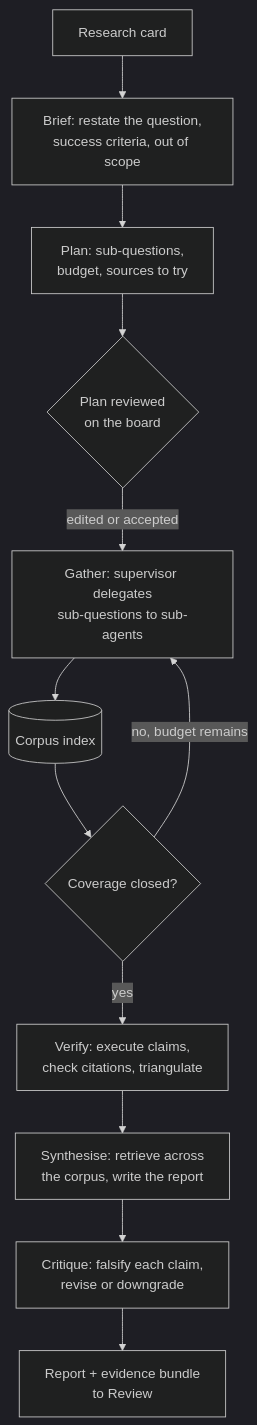
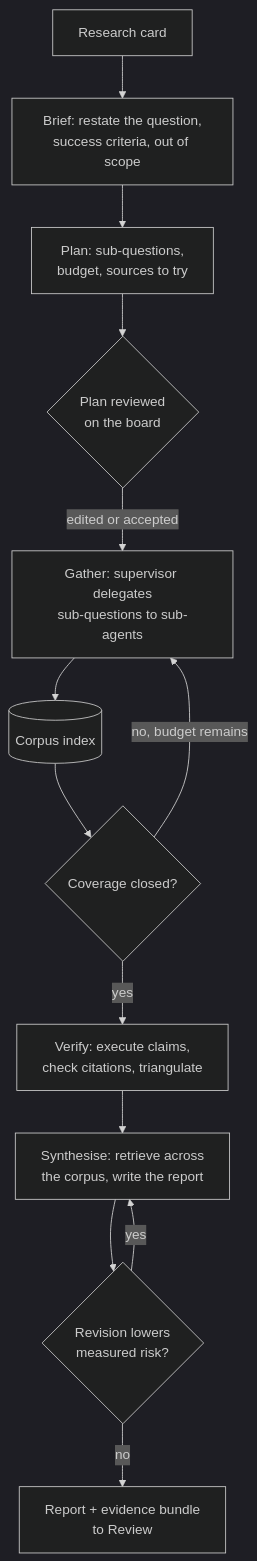
One commit to brennansk1/sekhemet changed the eighth of 9 diagrams in docs/design/HARNESS_DESIGN.md. Above: the diagram before and after it, drawn with Mermaid (dark theme). The commit also changed other lines of this file, not shown here.

````diff
--- a/docs/design/HARNESS_DESIGN.md
+++ b/docs/design/HARNESS_DESIGN.md
@@ -1452,14 +1641,15 @@
 ```mermaid
 graph TD
   Card[Research card] --> Brief[Brief: restate the question,<br/>success criteria, out of scope]
   Brief --> Plan[Plan: sub-questions,<br/>budget, sources to try]
   Plan --> Review{Plan reviewed<br/>on the board}
   Review -->|edited or accepted| Gather
   Gather[Gather: supervisor delegates<br/>sub-questions to sub-agents] --> Corpus[(Corpus index)]
   Corpus --> Gaps{Coverage closed?}
   Gaps -->|no, budget remains| Gather
   Gaps -->|yes| Verify[Verify: execute claims,<br/>check citations, triangulate]
   Verify --> Synth[Synthesise: retrieve across<br/>the corpus, write the report]
-  Synth --> Critique[Critique: falsify each claim,<br/>revise or downgrade]
-  Critique --> Report[Report + evidence bundle<br/>to Review]
+  Synth --> Revise{Revision lowers<br/>measured risk?}
+  Revise -->|yes| Synth
+  Revise -->|no| Report[Report + evidence bundle<br/>to Review]
 ```
````
